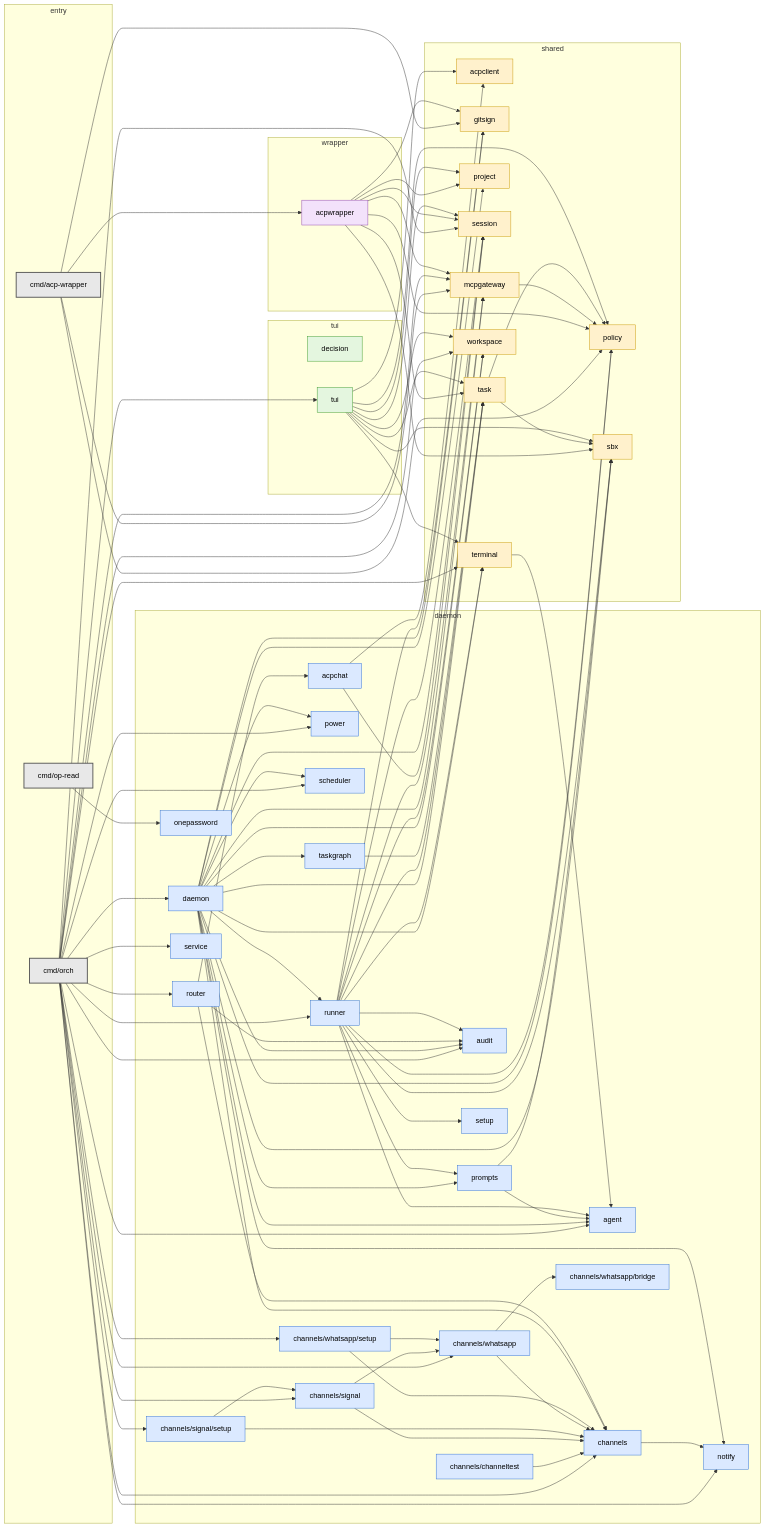
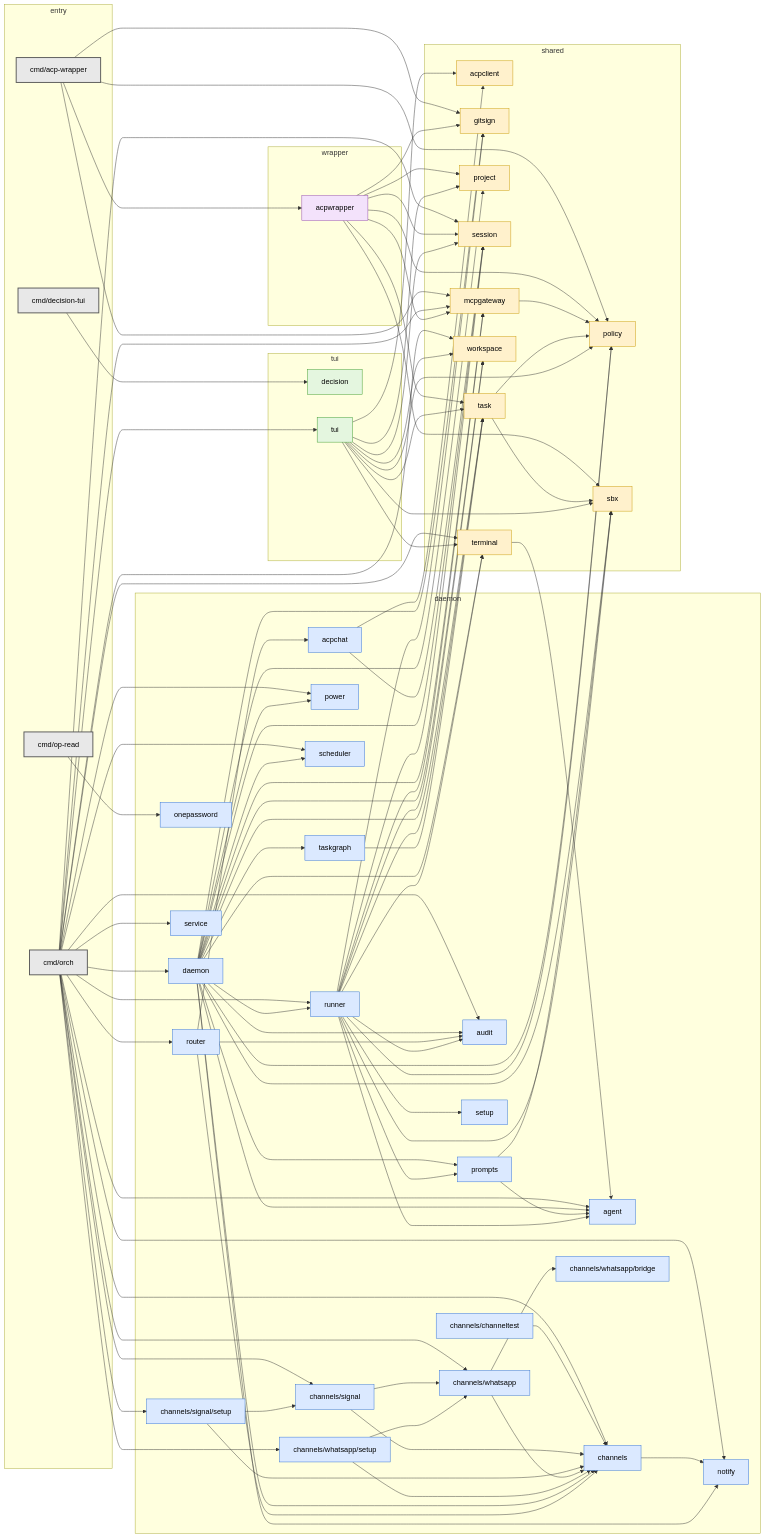
The diagram in docs/packages.md (slimslenderslacks/workingman), drawn with Mermaid before and after one commit. The commit also changed other lines of this file and 5 other files, not shown here.

First line of the commit message:
decision-tui: document request/answer formats, add example files

```diff
--- a/docs/packages.md
+++ b/docs/packages.md
@@ -60,6 +60,7 @@
 graph LR
   subgraph grp_entry["entry"]
     cmd_acp_wrapper["cmd/acp-wrapper"]
+    cmd_decision_tui["cmd/decision-tui"]
     cmd_op_read["cmd/op-read"]
     cmd_orch["cmd/orch"]
   end
@@ -110,6 +111,7 @@
   cmd_acp_wrapper --> internal_gitsign
   cmd_acp_wrapper --> internal_mcpgateway
   cmd_acp_wrapper --> internal_policy
+  cmd_decision_tui --> internal_decision
   cmd_op_read --> internal_onepassword
   cmd_orch --> internal_agent
   cmd_orch --> internal_audit
@@ -199,7 +201,7 @@
   internal_tui --> internal_workspace
 
   classDef entry fill:#e8e8e8,stroke:#555,stroke-width:2px,color:#000
-  class cmd_acp_wrapper,cmd_op_read,cmd_orch entry
+  class cmd_acp_wrapper,cmd_decision_tui,cmd_op_read,cmd_orch entry
   classDef daemon fill:#dbe9ff,stroke:#2f6fd6,color:#000
   class internal_acpchat,internal_agent,internal_audit,internal_channels,internal_channels_channeltest,internal_channels_signal,internal_channels_signal_setup,internal_channels_whatsapp,internal_channels_whatsapp_bridge,internal_channels_whatsapp_setup,internal_daemon,internal_notify,internal_onepassword,internal_power,internal_prompts,internal_router,internal_runner,internal_scheduler,internal_service,internal_setup,internal_taskgraph daemon
   classDef tui fill:#e4f6df,stroke:#3c9a2c,color:#000
```
